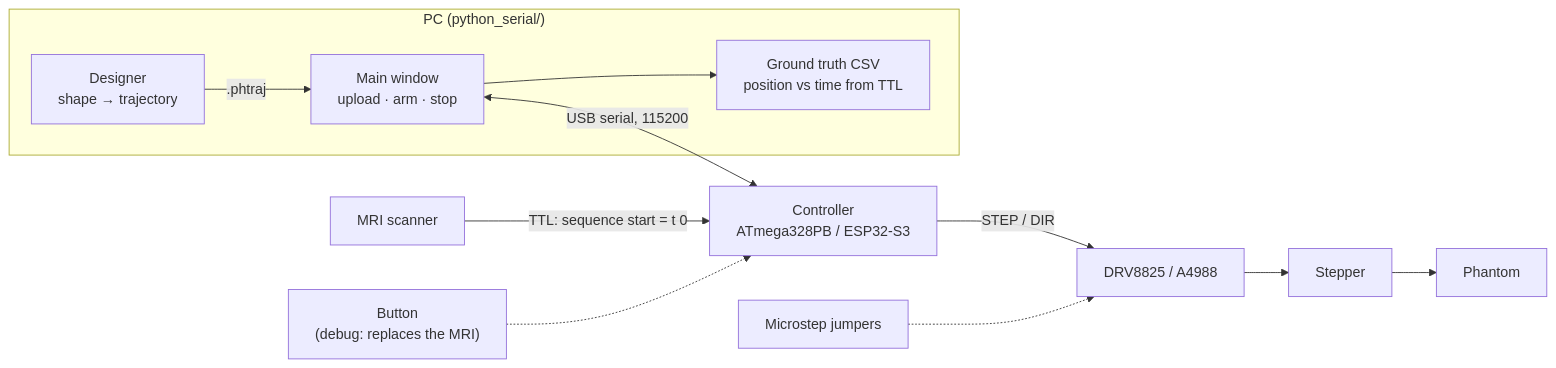
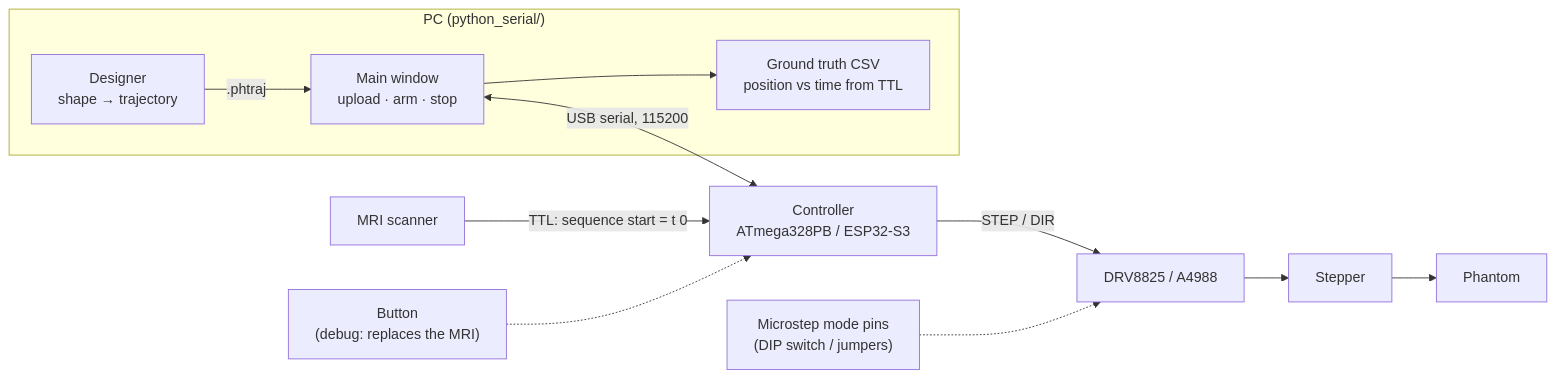
One commit to hakkelt/DynamicMriPhantom changed the first of 2 diagrams in docs/index.md. Above: the diagram before and after it, drawn with Mermaid. The commit also changed other lines of this file and 9 other files, not shown here.

First line of the commit message:
Show the microstep mode pins as a DIP switch

````diff
--- a/docs/index.md
+++ b/docs/index.md
@@ -22,12 +22,12 @@
 ```mermaid
 flowchart LR
   subgraph PC["PC (python_serial/)"]
     DES["Designer<br/>shape → trajectory"] -->|".phtraj"| GUI["Main window<br/>upload · arm · stop"]
     GUI --> GT["Ground truth CSV<br/>position vs time from TTL"]
   end
   GUI <-->|"USB serial, 115200"| FW["Controller<br/>ATmega328PB / ESP32-S3"]
   MRI["MRI scanner"] -->|"TTL: sequence start = t 0"| FW
   BTN["Button<br/>(debug: replaces the MRI)"] -.-> FW
   FW -->|"STEP / DIR"| DRV["DRV8825 / A4988"] --> MOT["Stepper"] --> PHA["Phantom"]
-  JMP["Microstep jumpers"] -.-> DRV
+  JMP["Microstep mode pins<br/>(DIP switch / jumpers)"] -.-> DRV
 ```
````
